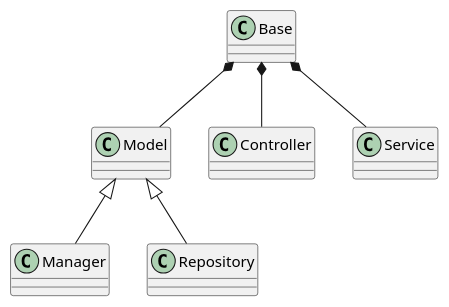
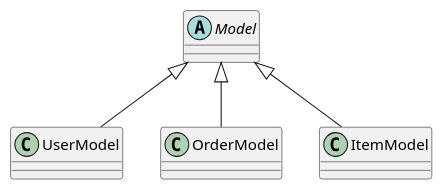
The second of 4 diagrams in Class Diagram.puml (maulidinar/plantuml), drawn with PlantUML before and after one commit. The commit also changed other lines of this file and 1 other file, not shown here.

```diff
--- a/Class Diagram.puml
+++ b/Class Diagram.puml
@@ -1,7 +28,22 @@
-@startuml APIClassDiagram
-Base *-- Model
-Base *-- Controller
-Base *-- Service
-Model <|-- Manager
-Model <|-- Repository
+@startuml ManagerAPIClassDiagram
+Model <|-- UserModel
+Model <|-- OrderModel
+Model <|-- ItemModel
+
+abstract class Model {
+
+}
+
+class UserModel {
+
+}
+
+class OrderModel {
+
+}
+
+class ItemModel {
+
+}
+
 @enduml
```
